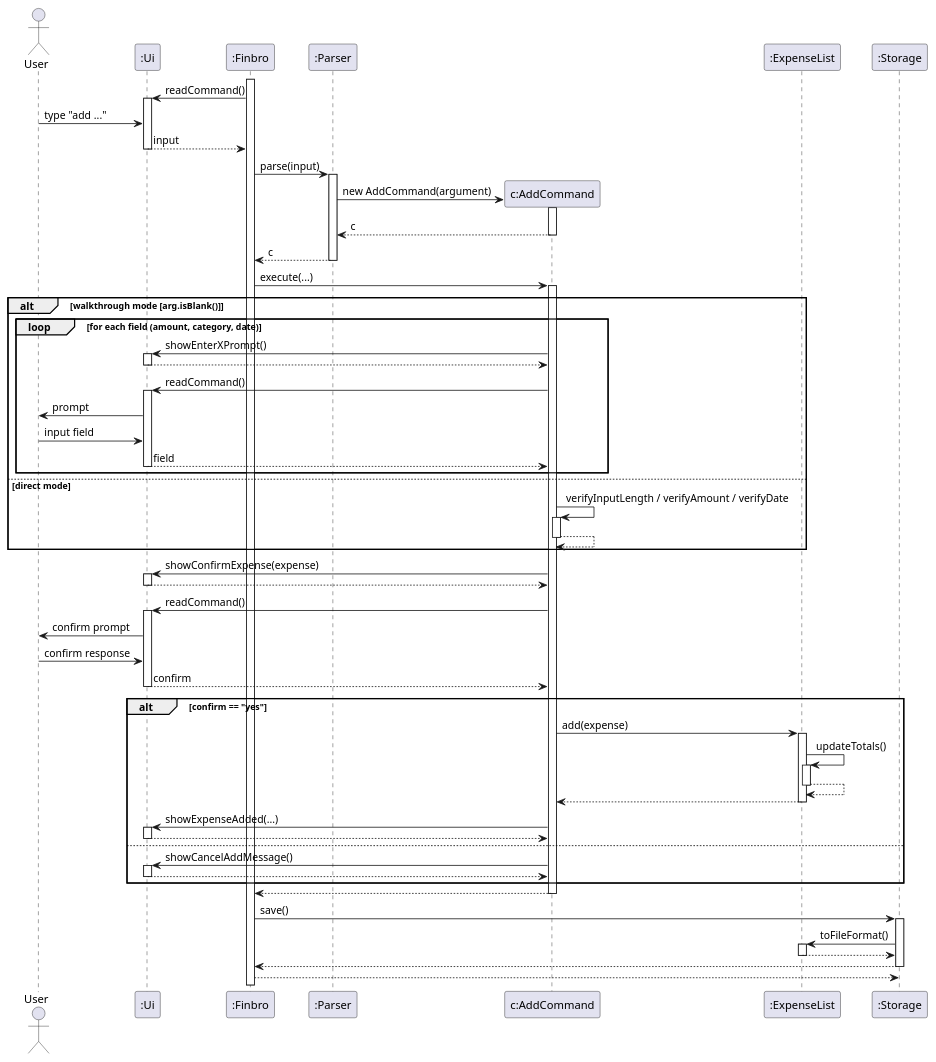
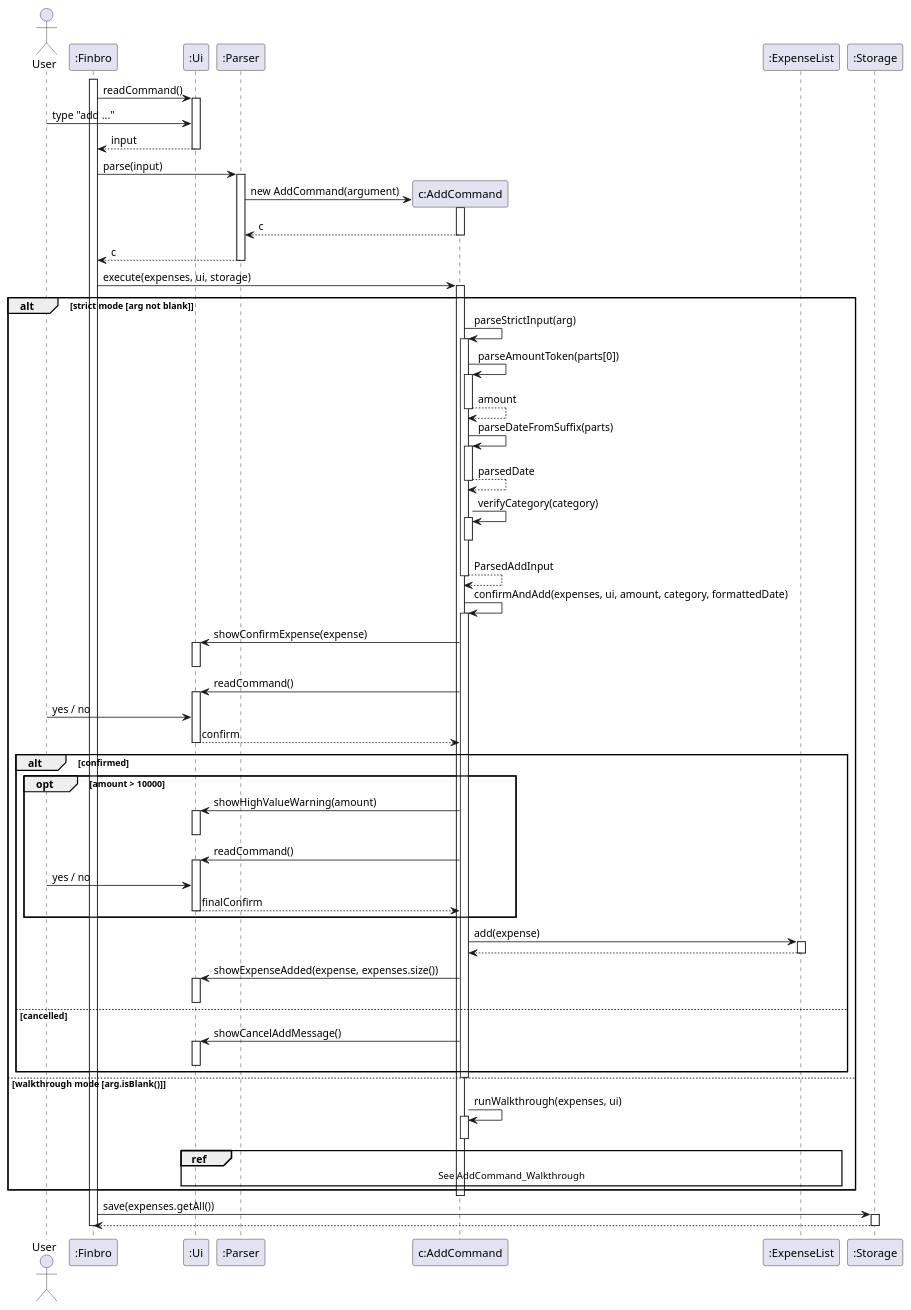
Before and after one commit to zihaoalt/tp: the diagram in docs/UML_diagrams/AddCommand.puml, drawn with PlantUML. The commit also changed 4 other files, not shown here.

```diff
--- a/docs/UML_diagrams/AddCommand.puml
+++ b/docs/UML_diagrams/AddCommand.puml
@@ -1,76 +1,117 @@
 @startuml AddCommand
 'https://plantuml.com/sequence-diagram
 actor User
 
-
+participant ":Finbro"
 participant ":Ui"
-participant ":Finbro"
 participant ":Parser"
 participant "c:AddCommand"
 participant ":ExpenseList"
 participant ":Storage"
-
 
 
 activate ":Finbro"
 ":Finbro" -> ":Ui" : readCommand()
 activate ":Ui"
 User -> ":Ui" : type "add ..."
 ":Ui" --> ":Finbro" : input
 deactivate ":Ui"
 
 ":Finbro" -> ":Parser" : parse(input)
 activate ":Parser"
 
 create "c:AddCommand"
 ":Parser" -> "c:AddCommand" : new AddCommand(argument)
 activate "c:AddCommand"
-return c
-return c
+"c:AddCommand" --> ":Parser" : c
+deactivate "c:AddCommand"
 
-":Finbro" -> "c:AddCommand" ++ : execute(...)
+":Parser" --> ":Finbro" : c
+deactivate ":Parser"
 
-alt walkthrough mode [arg.isBlank()]
-    loop for each field (amount, category, date)
-        "c:AddCommand" -> ":Ui" ++ : showEnterXPrompt()
-        return
-        "c:AddCommand" -> ":Ui" ++ : readCommand()
-        ":Ui" -> User : prompt
-        User -> ":Ui" : input field
-        return field
+":Finbro" -> "c:AddCommand" : execute(expenses, ui, storage)
+activate "c:AddCommand"
+
+alt strict mode [arg not blank]
+
+    "c:AddCommand" -> "c:AddCommand" : parseStrictInput(arg)
+    activate "c:AddCommand"
+
+    "c:AddCommand" -> "c:AddCommand" : parseAmountToken(parts[0])
+    activate "c:AddCommand"
+    "c:AddCommand" --> "c:AddCommand" : amount
+    deactivate "c:AddCommand"
+
+    "c:AddCommand" -> "c:AddCommand" : parseDateFromSuffix(parts)
+    activate "c:AddCommand"
+    "c:AddCommand" --> "c:AddCommand" : parsedDate
+    deactivate "c:AddCommand"
+
+    "c:AddCommand" -> "c:AddCommand" : verifyCategory(category)
+    activate "c:AddCommand"
+    deactivate "c:AddCommand"
+
+    "c:AddCommand" --> "c:AddCommand" : ParsedAddInput
+    deactivate "c:AddCommand"
+
+    "c:AddCommand" -> "c:AddCommand" : confirmAndAdd(expenses, ui, amount, category, formattedDate)
+    activate "c:AddCommand"
+
+    "c:AddCommand" -> ":Ui" : showConfirmExpense(expense)
+    activate ":Ui"
+    deactivate ":Ui"
+
+    "c:AddCommand" -> ":Ui" : readCommand()
+    activate ":Ui"
+    User -> ":Ui" : yes / no
+    ":Ui" --> "c:AddCommand" : confirm
+    deactivate ":Ui"
+
+    alt confirmed
+
+        opt amount > 10000
+            "c:AddCommand" -> ":Ui" : showHighValueWarning(amount)
+            activate ":Ui"
+            deactivate ":Ui"
+
+            "c:AddCommand" -> ":Ui" : readCommand()
+            activate ":Ui"
+            User -> ":Ui" : yes / no
+            ":Ui" --> "c:AddCommand" : finalConfirm
+            deactivate ":Ui"
+        end
+
+        "c:AddCommand" -> ":ExpenseList" : add(expense)
+        activate ":ExpenseList"
+        ":ExpenseList" --> "c:AddCommand"
+        deactivate ":ExpenseList"
+
+        "c:AddCommand" -> ":Ui" : showExpenseAdded(expense, expenses.size())
+        activate ":Ui"
+        deactivate ":Ui"
+
+    else cancelled
+        "c:AddCommand" -> ":Ui" : showCancelAddMessage()
+        activate ":Ui"
+        deactivate ":Ui"
     end
-else direct mode
-    "c:AddCommand" -> "c:AddCommand" ++ : verifyInputLength / verifyAmount / verifyDate
-    return
+
+    deactivate "c:AddCommand"
+
+else walkthrough mode [arg.isBlank()]
+
+    "c:AddCommand" -> "c:AddCommand" : runWalkthrough(expenses, ui)
+    activate "c:AddCommand"
+    ref over "c:AddCommand", ":Ui", ":ExpenseList" : See AddCommand_Walkthrough
+    deactivate "c:AddCommand"
 end
 
-"c:AddCommand" -> ":Ui" ++ : showConfirmExpense(expense)
-return
+deactivate "c:AddCommand"
 
-"c:AddCommand" -> ":Ui" ++ : readCommand()
-":Ui" -> User : confirm prompt
-User -> ":Ui" : confirm response
-return confirm
-
-alt confirm == "yes"
-    "c:AddCommand" -> ":ExpenseList" ++ : add(expense)
-    ":ExpenseList" -> ":ExpenseList" ++ : updateTotals()
-    return
-    return
-    "c:AddCommand" -> ":Ui" ++ : showExpenseAdded(...)
-    return
-else
-    "c:AddCommand" -> ":Ui" ++ : showCancelAddMessage()
-    return
-end
-
-return
-
-":Finbro" -> ":Storage" ++ : save()
-":Storage" -> ":ExpenseList" ++ : toFileFormat()
-return
-return
-
-return
+":Finbro" -> ":Storage" : save(expenses.getAll())
+activate ":Storage"
+":Storage" --> ":Finbro"
+deactivate ":Storage"
+deactivate ":Finbro"
 
 @enduml
```
